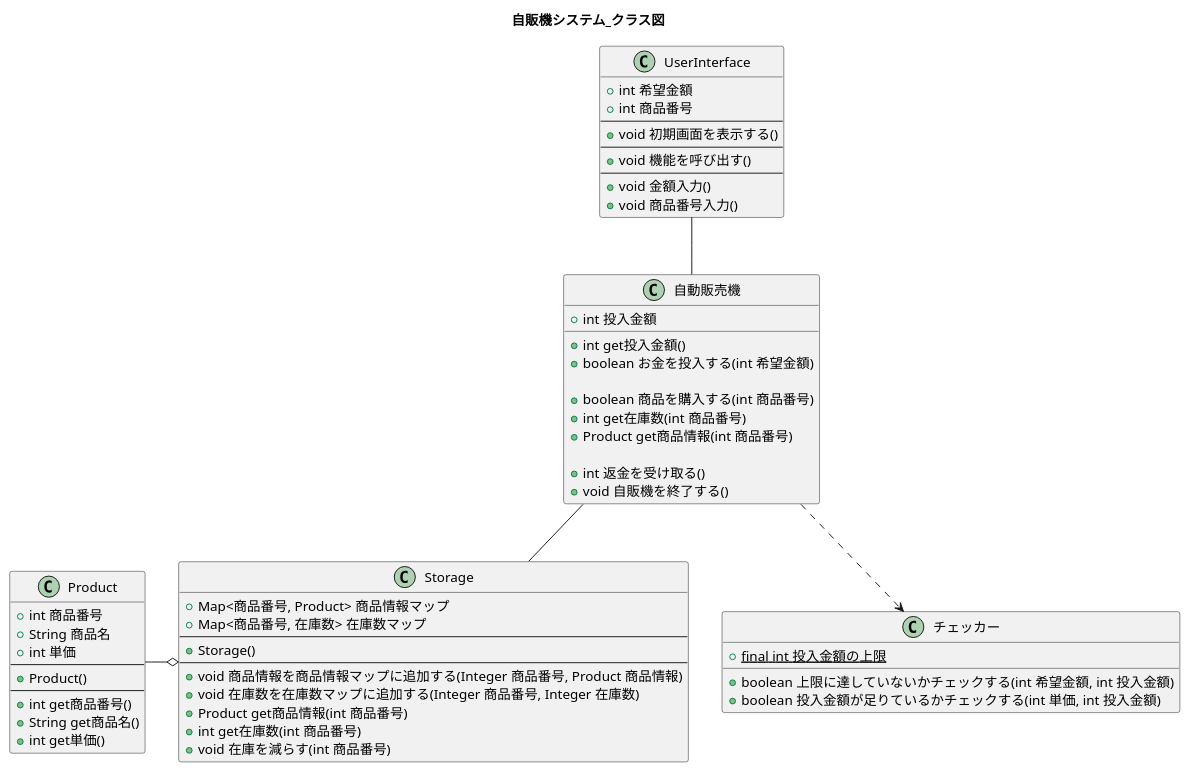
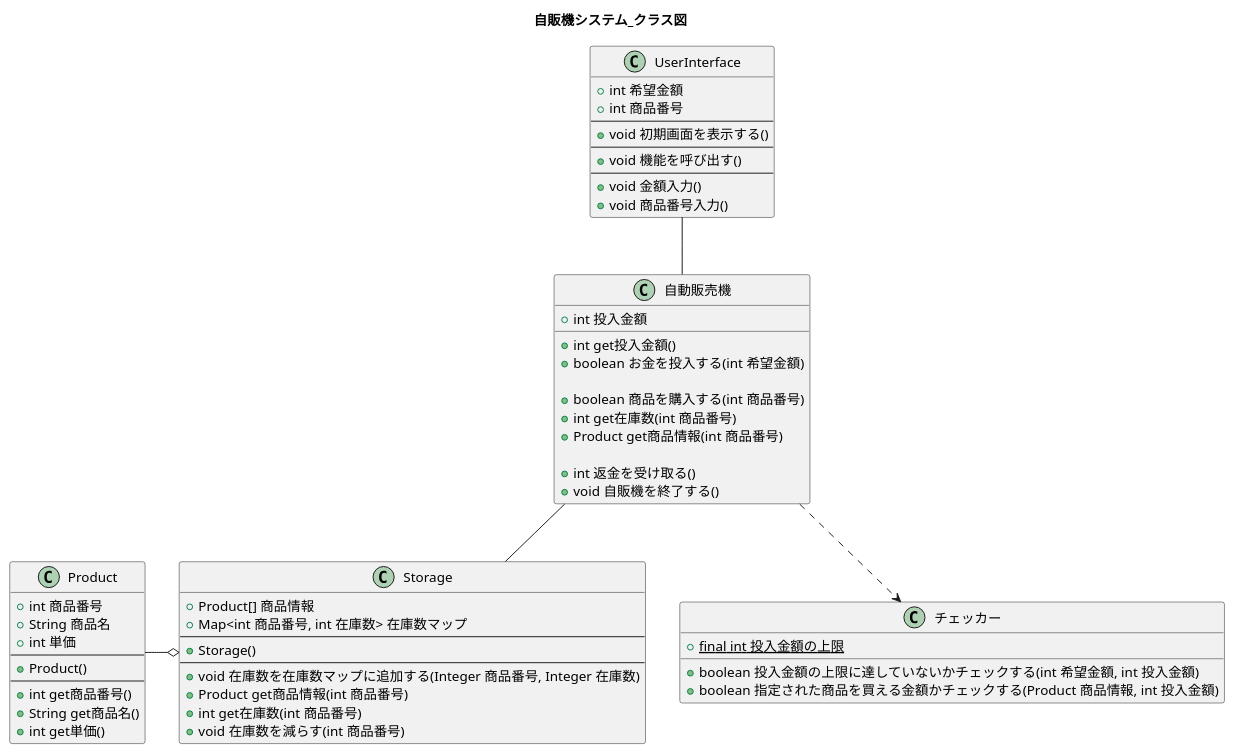
Before and after one commit to W-Nakayama-24/VendingMachine_CUI: the diagram in UML_class_sequence/VendingMachine_classDiag.puml, drawn with PlantUML. The commit also changed 3 other files, not shown here.

Commit message:
FIX classDiag, sequence

```diff
--- a/UML_class_sequence/VendingMachine_classDiag.puml
+++ b/UML_class_sequence/VendingMachine_classDiag.puml
@@ -1,77 +1,76 @@
 @startuml
 title 自販機システム_クラス図
 
 
 UserInterface -- 自動販売機
 自動販売機 -- Storage
 自動販売機 ..> チェッカー
 Product -o Storage
 
 
 class UserInterface {
     +int 希望金額
     +int 商品番号
     --
     +void 初期画面を表示する()
     --
     +void 機能を呼び出す()
     --
     +void 金額入力()
     +void 商品番号入力() 
     /'
     1,2,3,9以外ならここでfalseを返し、エラーメッセージ00を表示
     '/
 }
 
 class 自動販売機 {
     +int 投入金額
     +int get投入金額()
     +boolean お金を投入する(int 希望金額)
 
     +boolean 商品を購入する(int 商品番号)
     +int get在庫数(int 商品番号)
     +Product get商品情報(int 商品番号)
 
     +int 返金を受け取る()
     +void 自販機を終了する()
 }
 
 class チェッカー{
     +{static}final int 投入金額の上限
-    +boolean 上限に達していないかチェックする(int 希望金額, int 投入金額)
-    +boolean 投入金額が足りているかチェックする(int 単価, int 投入金額)
+    +boolean 投入金額の上限に達していないかチェックする(int 希望金額, int 投入金額)
+    +boolean 指定された商品を買える金額かチェックする(Product 商品情報, int 投入金額)
 }
 
 class Storage {
-    +Map<商品番号, Product> 商品情報マップ
-    +Map<商品番号, 在庫数> 在庫数マップ
+    +Product[] 商品情報
+    +Map<int 商品番号, int 在庫数> 在庫数マップ
     --
     +Storage()
     --
-    +void 商品情報を商品情報マップに追加する(Integer 商品番号, Product 商品情報)
     +void 在庫数を在庫数マップに追加する(Integer 商品番号, Integer 在庫数)
     +Product get商品情報(int 商品番号)
     +int get在庫数(int 商品番号)
-    +void 在庫を減らす(int 商品番号)
+    +void 在庫数を減らす(int 商品番号)
 }
 
 class Product {
     +int 商品番号
     +String 商品名
     +int 単価
     --
     +Product()
     --
     +int get商品番号()
     +String get商品名()
     +int get単価()
     /'
     コンストラクタでProduct型を用意して、
     3つの属性をひとつにまとめてmap.putできるように
     this.num = num
     this.price = price
     this.name = name
     '/
 }
 
 @enduml
```
